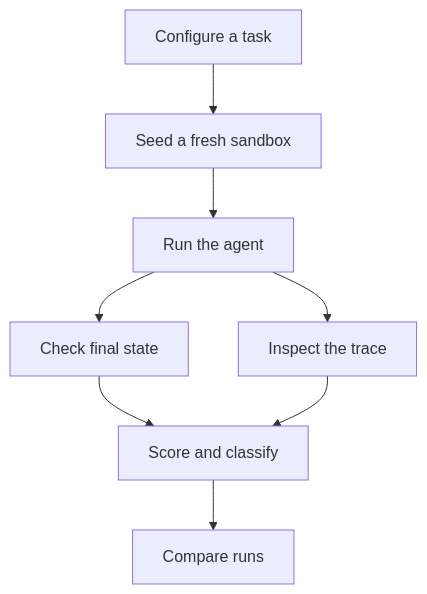
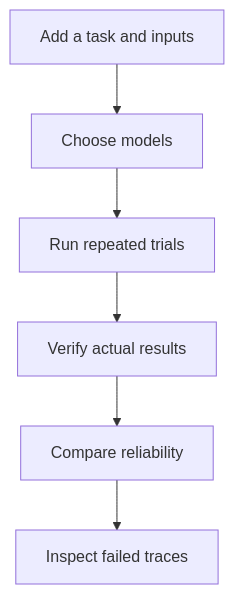
One commit to raamnandhakumar-eng/OutcomeTrace-AI-Agent-Evaluation-and-Reliability-Platform changed the first of 2 diagrams in README.md. Above: the diagram before and after it, drawn with Mermaid. The commit also changed other lines of this file, not shown here.

````diff
--- a/README.md
+++ b/README.md
@@ -22,10 +34,8 @@
 ```mermaid
 flowchart TD
-    A["Configure a task"] --> B["Seed a fresh sandbox"]
-    B --> C["Run the agent"]
-    C --> D["Check final state"]
-    C --> E["Inspect the trace"]
-    D --> F["Score and classify"]
-    E --> F
-    F --> G["Compare runs"]
+    A["Add a task and inputs"] --> B["Choose models"]
+    B --> C["Run repeated trials"]
+    C --> D["Verify actual results"]
+    D --> E["Compare reliability"]
+    E --> F["Inspect failed traces"]
 ```
````
